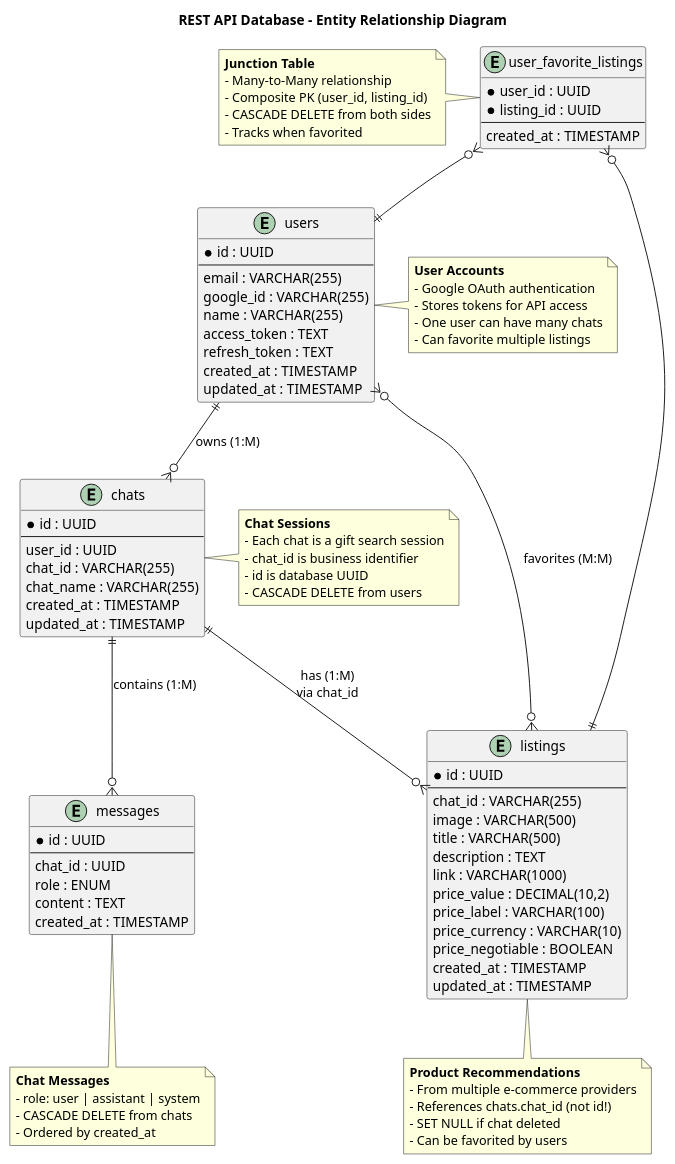
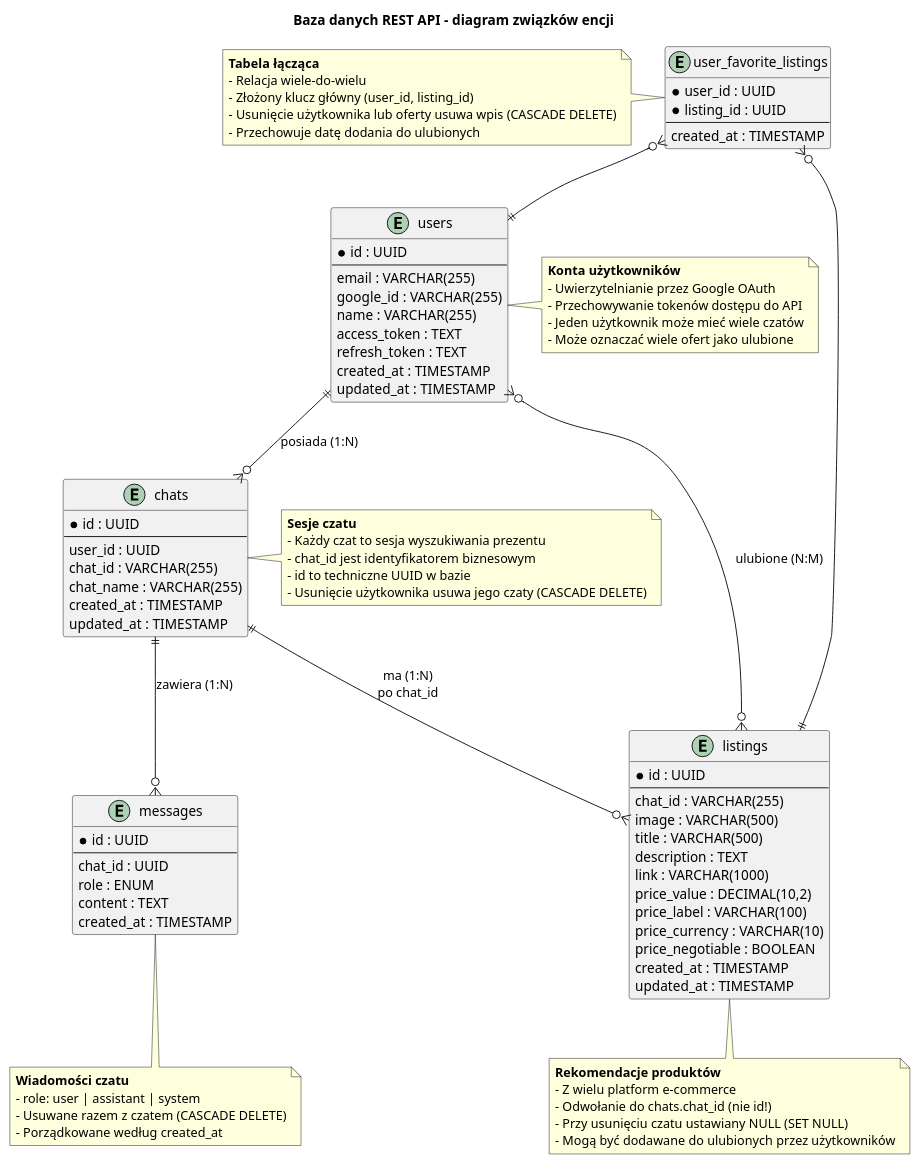
Before and after one commit to Generacja-Cuzi/ai-present-finder: the diagram in docs/databases/restapi/er_diagram.puml, drawn with PlantUML. The commit also changed 27 other files, not shown here.

```diff
--- a/docs/databases/restapi/er_diagram.puml
+++ b/docs/databases/restapi/er_diagram.puml
@@ -1,105 +1,105 @@
 @startuml restapi_er_diagram
 
-title REST API Database - Entity Relationship Diagram
+title Baza danych REST API - diagram związków encji
 
 entity "users" as users {
   *id : UUID
   --
   email : VARCHAR(255)
   google_id : VARCHAR(255)
   name : VARCHAR(255)
   access_token : TEXT
   refresh_token : TEXT
   created_at : TIMESTAMP
   updated_at : TIMESTAMP
 }
 
 entity "chats" as chats {
   *id : UUID
   --
   user_id : UUID
   chat_id : VARCHAR(255)
   chat_name : VARCHAR(255)
   created_at : TIMESTAMP
   updated_at : TIMESTAMP
 }
 
 entity "messages" as messages {
   *id : UUID
   --
   chat_id : UUID
   role : ENUM
   content : TEXT
   created_at : TIMESTAMP
 }
 
 entity "listings" as listings {
   *id : UUID
   --
   chat_id : VARCHAR(255)
   image : VARCHAR(500)
   title : VARCHAR(500)
   description : TEXT
   link : VARCHAR(1000)
   price_value : DECIMAL(10,2)
   price_label : VARCHAR(100)
   price_currency : VARCHAR(10)
   price_negotiable : BOOLEAN
   created_at : TIMESTAMP
   updated_at : TIMESTAMP
 }
 
 entity "user_favorite_listings" as favorites {
   *user_id : UUID
   *listing_id : UUID
   --
   created_at : TIMESTAMP
 }
 
-users ||--o{ chats : "owns (1:M)"
-chats ||--o{ messages : "contains (1:M)"
-chats ||--o{ listings : "has (1:M)\nvia chat_id"
-users }o--o{ listings : "favorites (M:M)"
+users ||--o{ chats : "posiada (1:N)"
+chats ||--o{ messages : "zawiera (1:N)"
+chats ||--o{ listings : "ma (1:N)\npo chat_id"
+users }o--o{ listings : "ulubione (N:M)"
 favorites }o--|| users
 favorites }o--|| listings
 
 note right of users
-  **User Accounts**
-  - Google OAuth authentication
-  - Stores tokens for API access
-  - One user can have many chats
-  - Can favorite multiple listings
+  **Konta użytkowników**
+  - Uwierzytelnianie przez Google OAuth
+  - Przechowywanie tokenów dostępu do API
+  - Jeden użytkownik może mieć wiele czatów
+  - Może oznaczać wiele ofert jako ulubione
 end note
 
 note right of chats
-  **Chat Sessions**
-  - Each chat is a gift search session
-  - chat_id is business identifier
-  - id is database UUID
-  - CASCADE DELETE from users
+  **Sesje czatu**
+  - Każdy czat to sesja wyszukiwania prezentu
+  - chat_id jest identyfikatorem biznesowym
+  - id to techniczne UUID w bazie
+  - Usunięcie użytkownika usuwa jego czaty (CASCADE DELETE)
 end note
 
 note bottom of messages
-  **Chat Messages**
+  **Wiadomości czatu**
   - role: user | assistant | system
-  - CASCADE DELETE from chats
-  - Ordered by created_at
+  - Usuwane razem z czatem (CASCADE DELETE)
+  - Porządkowane według created_at
 end note
 
 note bottom of listings
-  **Product Recommendations**
-  - From multiple e-commerce providers
-  - References chats.chat_id (not id!)
-  - SET NULL if chat deleted
-  - Can be favorited by users
+  **Rekomendacje produktów**
+  - Z wielu platform e-commerce
+  - Odwołanie do chats.chat_id (nie id!)
+  - Przy usunięciu czatu ustawiany NULL (SET NULL)
+  - Mogą być dodawane do ulubionych przez użytkowników
 end note
 
 note left of favorites
-  **Junction Table**
-  - Many-to-Many relationship
-  - Composite PK (user_id, listing_id)
-  - CASCADE DELETE from both sides
-  - Tracks when favorited
+  **Tabela łącząca**
+  - Relacja wiele-do-wielu
+  - Złożony klucz główny (user_id, listing_id)
+  - Usunięcie użytkownika lub oferty usuwa wpis (CASCADE DELETE)
+  - Przechowuje datę dodania do ulubionych
 end note
 
 @enduml
```
